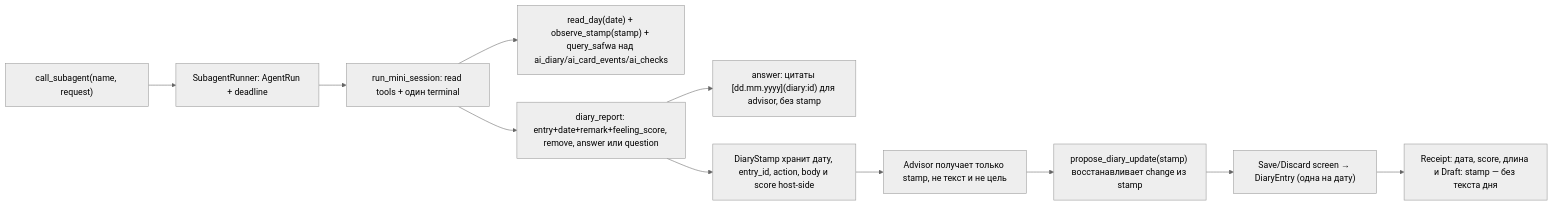
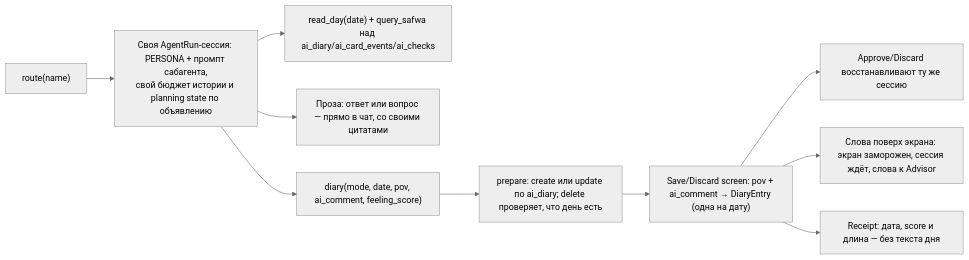
Before and after one commit to myvaheed/tg-ai-safwa: the sixth of 13 diagrams in docs/STRUCTURE_GRAPH.md, drawn with Mermaid (neutral theme). The commit also changed other lines of this file and 32 other files, not shown here.

````diff
--- a/docs/STRUCTURE_GRAPH.md
+++ b/docs/STRUCTURE_GRAPH.md
@@ -195,13 +198,13 @@
 ```mermaid
 flowchart LR
-    CALL["call_subagent(name, request)"] --> RUNNER["SubagentRunner: AgentRun + deadline"]
-    RUNNER --> MINI["run_mini_session: read tools + один terminal"]
-    MINI --> READ["read_day(date) + observe_stamp(stamp) + query_safwa над ai_diary/ai_card_events/ai_checks"]
-    MINI --> REPORT["diary_report: entry+date+remark+feeling_score, remove, answer или question"]
-    REPORT --> ANSWER["answer: цитаты [dd.mm.yyyy](diary:id) для advisor, без stamp"]
-    REPORT --> STAMP["DiaryStamp хранит дату, entry_id, action, body и score host-side"]
-    STAMP --> RESULT["Advisor получает только stamp, не текст и не цель"]
-    RESULT --> PROPOSE["propose_diary_update(stamp) восстанавливает change из stamp"]
-    PROPOSE --> SCREEN["Save/Discard screen → DiaryEntry (одна на дату)"]
-    SCREEN --> RECEIPT["Receipt: дата, score, длина и Draft: stamp — без текста дня"]
+    ROUTE["route(name)"] --> SESSION["Своя AgentRun-сессия: PERSONA + промпт сабагента,<br/>свой бюджет истории и planning state по объявлению"]
+    SESSION --> READ["read_day(date) + query_safwa над ai_diary/ai_card_events/ai_checks"]
+    SESSION --> PROSE["Проза: ответ или вопрос — прямо в чат, со своими цитатами"]
+    SESSION --> WRITE["diary(mode, date, pov, ai_comment, feeling_score)"]
+    WRITE --> PREPARE["prepare: create или update по ai_diary; delete проверяет, что день есть"]
+    PREPARE --> SCREEN["Save/Discard screen: pov + ai_comment → DiaryEntry (одна на дату)"]
+    SCREEN --> RESUME["Approve/Discard восстанавливают ту же сессию"]
+    SCREEN --> INTERRUPT["Слова поверх экрана: экран заморожен, сессия ждёт, слова к Advisor"]
+    RECEIPT["Receipt: дата, score и длина — без текста дня"]
+    SCREEN --> RECEIPT
 ```
````
